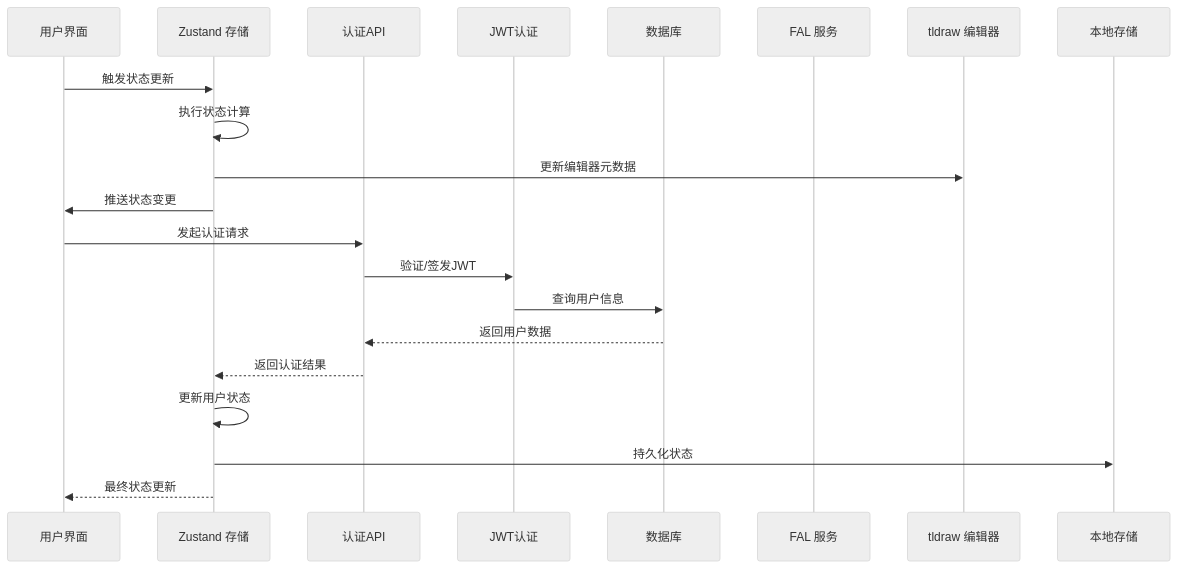
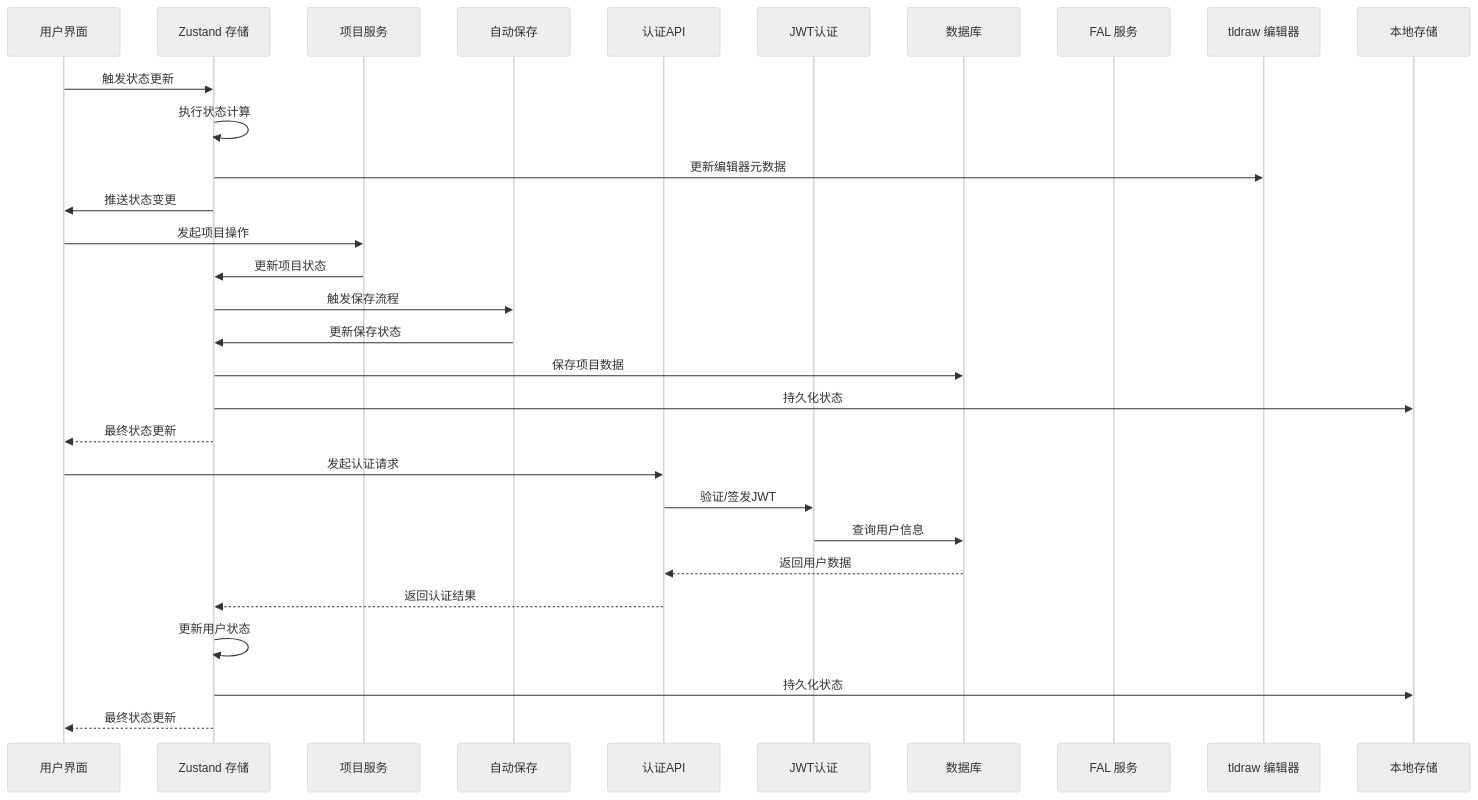
The fourth of 29 diagrams in .qoder/repowiki/zh/content/状态管理系统.md (billye220670/BananaFlow2), drawn with Mermaid (neutral theme) before and after one commit. The commit also changed other lines of this file and 12 other files, not shown here.

First line of the commit message:
fix: shimmer占位图全程覆盖 + 拖入无限循环修复

````diff
--- a/.qoder/repowiki/zh/content/状态管理系统.md
+++ b/.qoder/repowiki/zh/content/状态管理系统.md
@@ -284,23 +329,32 @@
 ```mermaid
 sequenceDiagram
 participant UI as 用户界面
 participant Store as Zustand 存储
+participant ProjectService as 项目服务
+participant AutoSave as 自动保存
 participant AuthAPI as 认证API
 participant JWT as JWT认证
 participant Supabase as 数据库
 participant FAL as FAL 服务
 participant Tldraw as tldraw 编辑器
 participant LocalStorage as 本地存储
 UI->>Store : 触发状态更新
 Store->>Store : 执行状态计算
 Store->>Tldraw : 更新编辑器元数据
 Store->>UI : 推送状态变更
+UI->>ProjectService : 发起项目操作
+ProjectService->>Store : 更新项目状态
+Store->>AutoSave : 触发保存流程
+AutoSave->>Store : 更新保存状态
+Store->>Supabase : 保存项目数据
+Store->>LocalStorage : 持久化状态
+Store-->>UI : 最终状态更新
 UI->>AuthAPI : 发起认证请求
 AuthAPI->>JWT : 验证/签发JWT
 JWT->>Supabase : 查询用户信息
 Supabase-->>AuthAPI : 返回用户数据
 AuthAPI-->>Store : 返回认证结果
 Store->>Store : 更新用户状态
 Store->>LocalStorage : 持久化状态
 Store-->>UI : 最终状态更新
 ```
````
